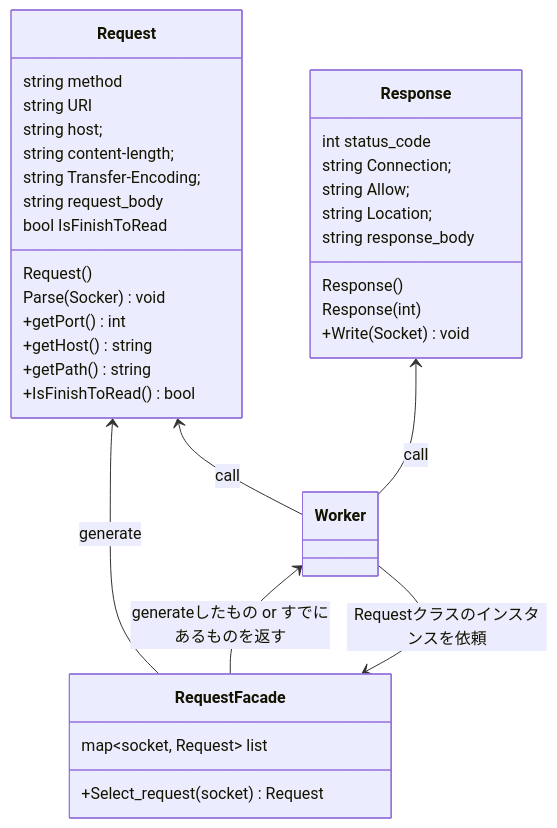
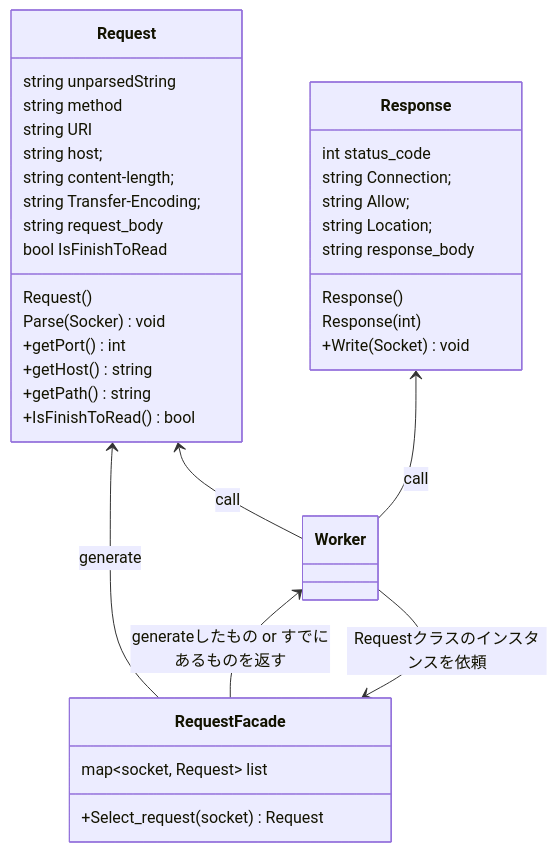
The diagram in docs/class/http_class.md (katataku/webserv), drawn with Mermaid before and after one commit. The commit also changed other lines of this file, not shown here.

````diff
--- a/docs/class/http_class.md
+++ b/docs/class/http_class.md
@@ -1,46 +1,47 @@
 ```mermaid
 classDiagram
    class RequestFacade{
         map~socket, Request~ list
         +Select_request(socket) Request
     }
 
    class Request{
+        string unparsedString
         string method
         string URI
         string host;
         string content-length;
         string Transfer-Encoding;
         string request_body
         bool IsFinishToRead
         
         Request()
         Parse(Socker) void
         +getPort() int
         +getHost() string
         +getPath() string
         +IsFinishToRead() bool
     }
 
     class Response{
         int status_code
         string Connection;
         string Allow;
         string Location;
 
         Response()
         Response(int)
         string response_body
         +Write(Socket) void
     }
 
 
 Request <-- RequestFacade : generate
 
 Worker <-- RequestFacade : generateしたもの or すでにあるものを返す
 Worker --> RequestFacade : Requestクラスのインスタンスを依頼
 
 
 Request  <--  Worker :call
 Response  <--  Worker :call
 ```
````
